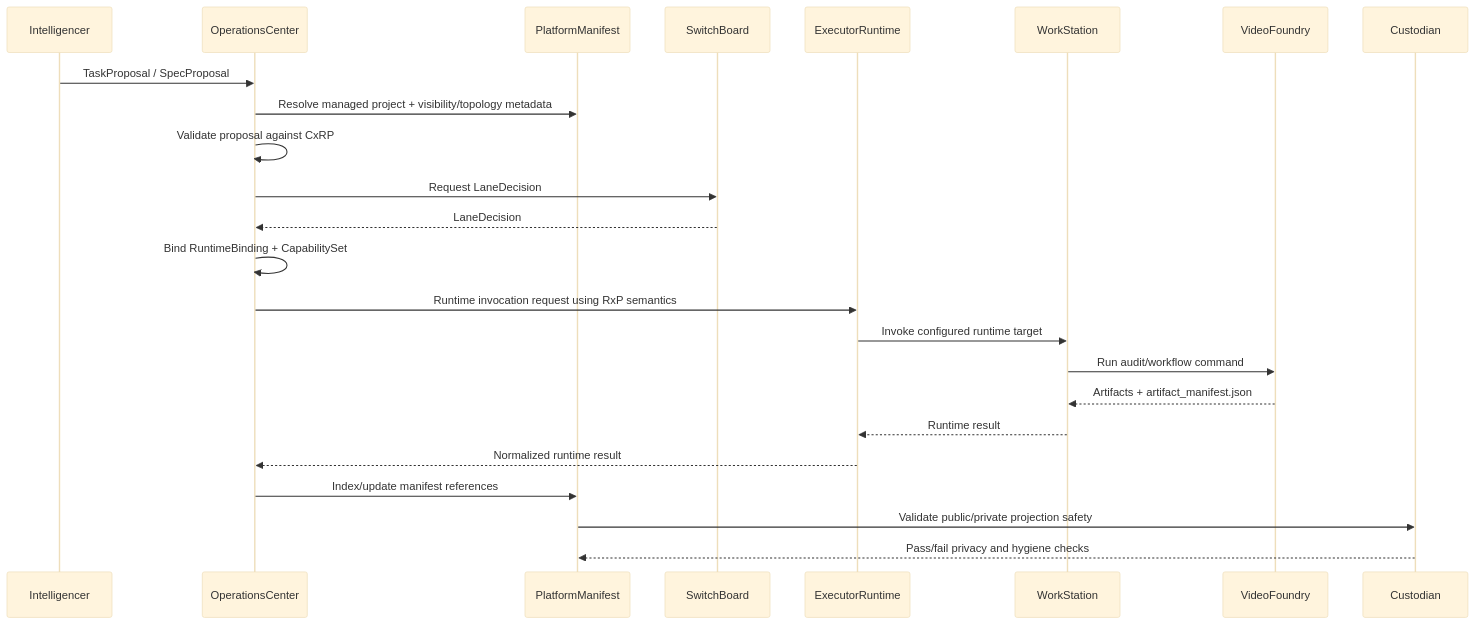
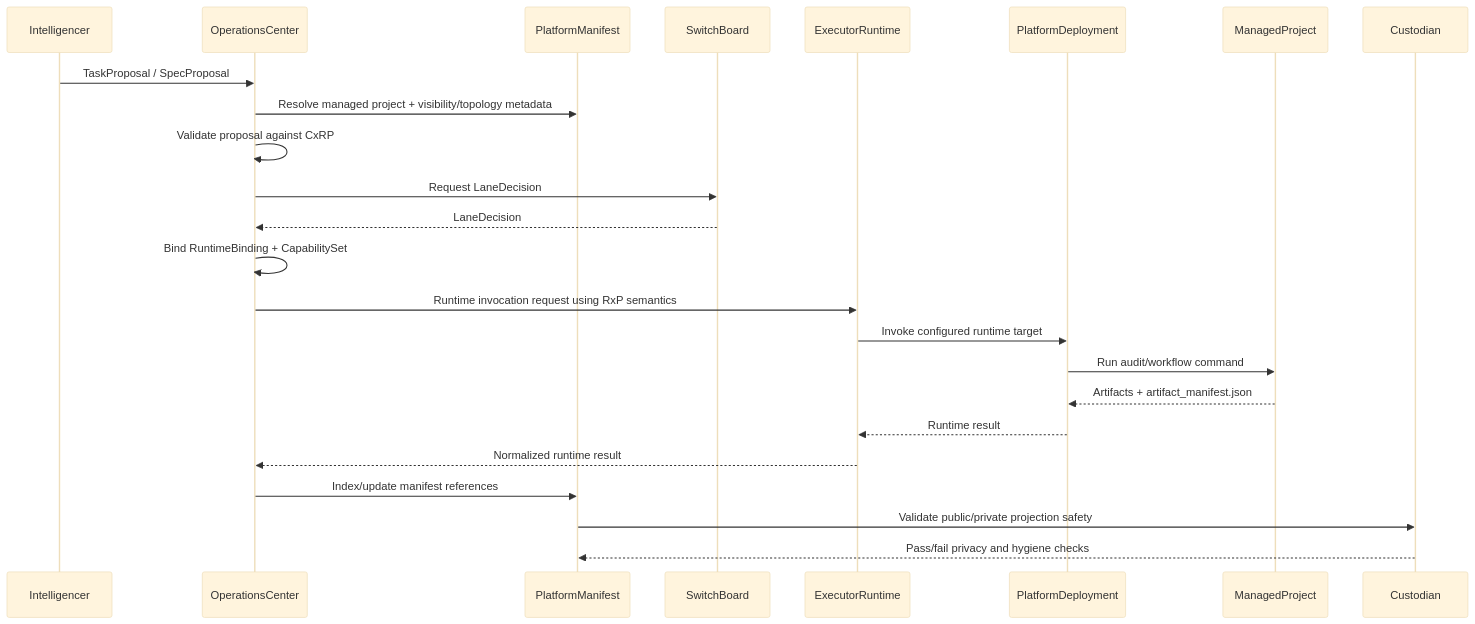
Before and after one commit to ProtocolWarden/PlatformManifest: the second of 2 diagrams in docs/architecture/platform_topology.md, drawn with Mermaid (base theme). The commit also changed other lines of this file and 41 other files, not shown here.

Commit message:
Adopt RepoGraph for shared graph semantics

````diff
--- a/docs/architecture/platform_topology.md
+++ b/docs/architecture/platform_topology.md
@@ -62,27 +62,27 @@
 ```mermaid
 sequenceDiagram
     participant INT as Intelligencer
     participant OC as OperationsCenter
     participant PM as PlatformManifest
     participant SB as SwitchBoard
     participant ER as ExecutorRuntime
-    participant WS as WorkStation
-    participant VF as VideoFoundry
+    participant WS as PlatformDeployment
+    participant MP as ManagedProject
     participant CUST as Custodian
 
     INT->>OC: TaskProposal / SpecProposal
     OC->>PM: Resolve managed project + visibility/topology metadata
     OC->>OC: Validate proposal against CxRP
     OC->>SB: Request LaneDecision
     SB-->>OC: LaneDecision
     OC->>OC: Bind RuntimeBinding + CapabilitySet
     OC->>ER: Runtime invocation request using RxP semantics
     ER->>WS: Invoke configured runtime target
-    WS->>VF: Run audit/workflow command
-    VF-->>WS: Artifacts + artifact_manifest.json
+    WS->>MP: Run audit/workflow command
+    MP-->>WS: Artifacts + artifact_manifest.json
     WS-->>ER: Runtime result
     ER-->>OC: Normalized runtime result
     OC->>PM: Index/update manifest references
     PM->>CUST: Validate public/private projection safety
     CUST-->>PM: Pass/fail privacy and hygiene checks
 ```
````
